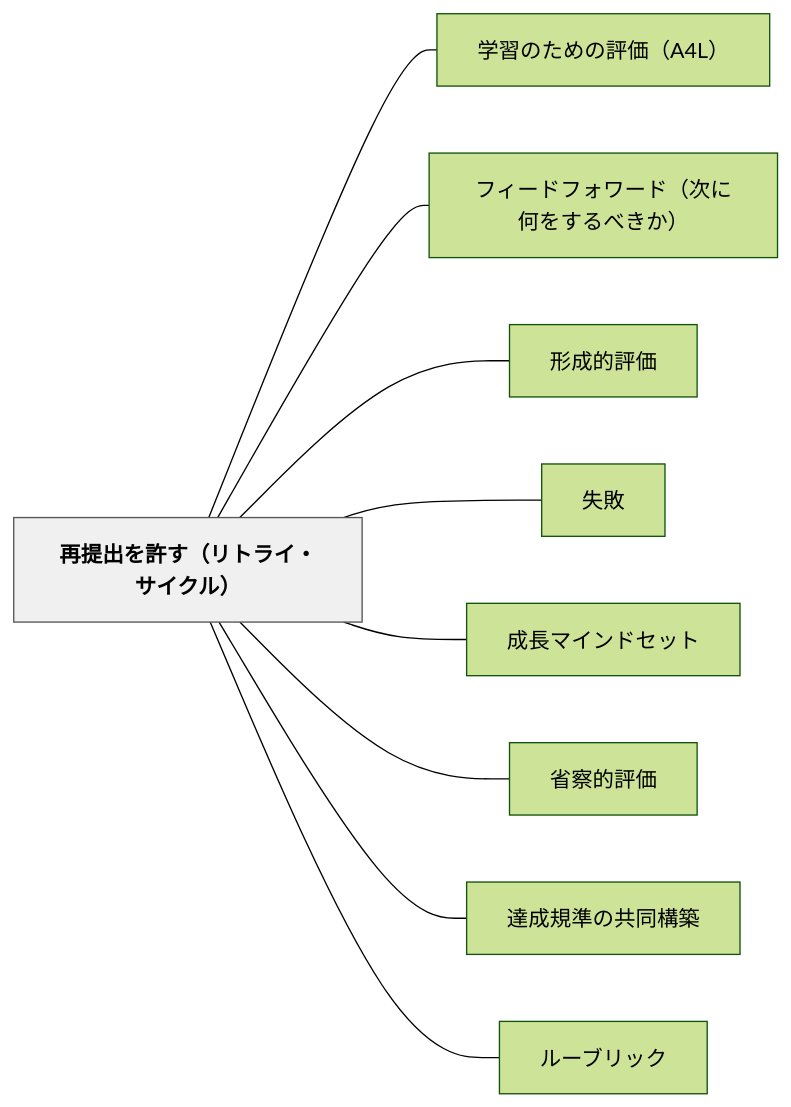
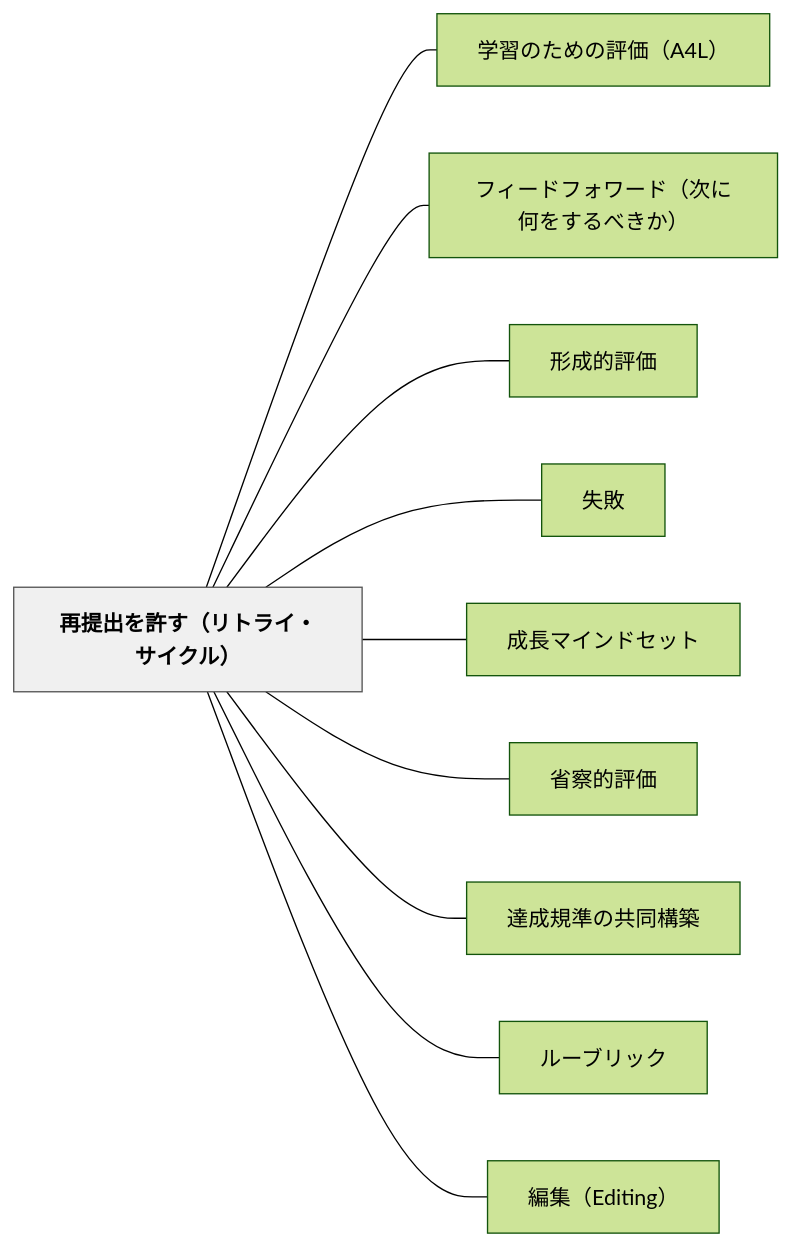
Before and after one commit to unknownthings-ed-patterns/unknownthings-ed-patterns: the diagram in content/パタン/再提出を許す（リトライ・サイクル）.md, drawn with Mermaid (forest theme). The commit also changed other lines of this file and 4 other files, not shown here.

````diff
--- a/content/パタン/再提出を許す（リトライ・サイクル）.md
+++ b/content/パタン/再提出を許す（リトライ・サイクル）.md
@@ -124,24 +125,26 @@
 ```mermaid
 flowchart LR
     ne5868de68f90e587bae38292e8a8b1e38199efbc88e383aae38388e383a9e382a4e383bbe382b5e382a4e382afe383abefbc89["再提出を許す（リトライ・サイクル）"]
     ne5ada6e7bf92e381aee3819fe38281e381aee8a995e4bea1efbc8841344cefbc89["学習のための評価（A4L）"]
     ne38395e382a3e383bce38389e38395e382a9e383afe383bce38389efbc88e6aca1e381abe4bd95e38292e38199e3828be381b9e3818de3818befbc89["フィードフォワード（次に何をするべきか）"]
     ne5bda2e68890e79a84e8a995e4bea1["形成的評価"]
     ne5a4b1e69597["失敗"]
     ne68890e995b7e3839ee382a4e383b3e38389e382bbe38383e38388["成長マインドセット"]
     ne79c81e5af9fe79a84e8a995e4bea1["省察的評価"]
     ne98194e68890e8a68fe6ba96e381aee585b1e5908ce6a78be7af89["達成規準の共同構築"]
     ne383abe383bce38396e383aae38383e382af["ルーブリック"]
+    ne7b7a8e99b86efbc8845646974696e67efbc89["編集（Editing）"]
 
     ne5868de68f90e587bae38292e8a8b1e38199efbc88e383aae38388e383a9e382a4e383bbe382b5e382a4e382afe383abefbc89 --- ne5ada6e7bf92e381aee3819fe38281e381aee8a995e4bea1efbc8841344cefbc89
     ne5868de68f90e587bae38292e8a8b1e38199efbc88e383aae38388e383a9e382a4e383bbe382b5e382a4e382afe383abefbc89 --- ne38395e382a3e383bce38389e38395e382a9e383afe383bce38389efbc88e6aca1e381abe4bd95e38292e38199e3828be381b9e3818de3818befbc89
     ne5868de68f90e587bae38292e8a8b1e38199efbc88e383aae38388e383a9e382a4e383bbe382b5e382a4e382afe383abefbc89 --- ne5bda2e68890e79a84e8a995e4bea1
     ne5868de68f90e587bae38292e8a8b1e38199efbc88e383aae38388e383a9e382a4e383bbe382b5e382a4e382afe383abefbc89 --- ne5a4b1e69597
     ne5868de68f90e587bae38292e8a8b1e38199efbc88e383aae38388e383a9e382a4e383bbe382b5e382a4e382afe383abefbc89 --- ne68890e995b7e3839ee382a4e383b3e38389e382bbe38383e38388
     ne5868de68f90e587bae38292e8a8b1e38199efbc88e383aae38388e383a9e382a4e383bbe382b5e382a4e382afe383abefbc89 --- ne79c81e5af9fe79a84e8a995e4bea1
     ne5868de68f90e587bae38292e8a8b1e38199efbc88e383aae38388e383a9e382a4e383bbe382b5e382a4e382afe383abefbc89 --- ne98194e68890e8a68fe6ba96e381aee585b1e5908ce6a78be7af89
     ne5868de68f90e587bae38292e8a8b1e38199efbc88e383aae38388e383a9e382a4e383bbe382b5e382a4e382afe383abefbc89 --- ne383abe383bce38396e383aae38383e382af
+    ne5868de68f90e587bae38292e8a8b1e38199efbc88e383aae38388e383a9e382a4e383bbe382b5e382a4e382afe383abefbc89 --- ne7b7a8e99b86efbc8845646974696e67efbc89
 
     classDef hub fill:#f0f0f0,stroke:#555,color:#000,font-weight:bold
     class ne5868de68f90e587bae38292e8a8b1e38199efbc88e383aae38388e383a9e382a4e383bbe382b5e382a4e382afe383abefbc89 hub
 ```
````
